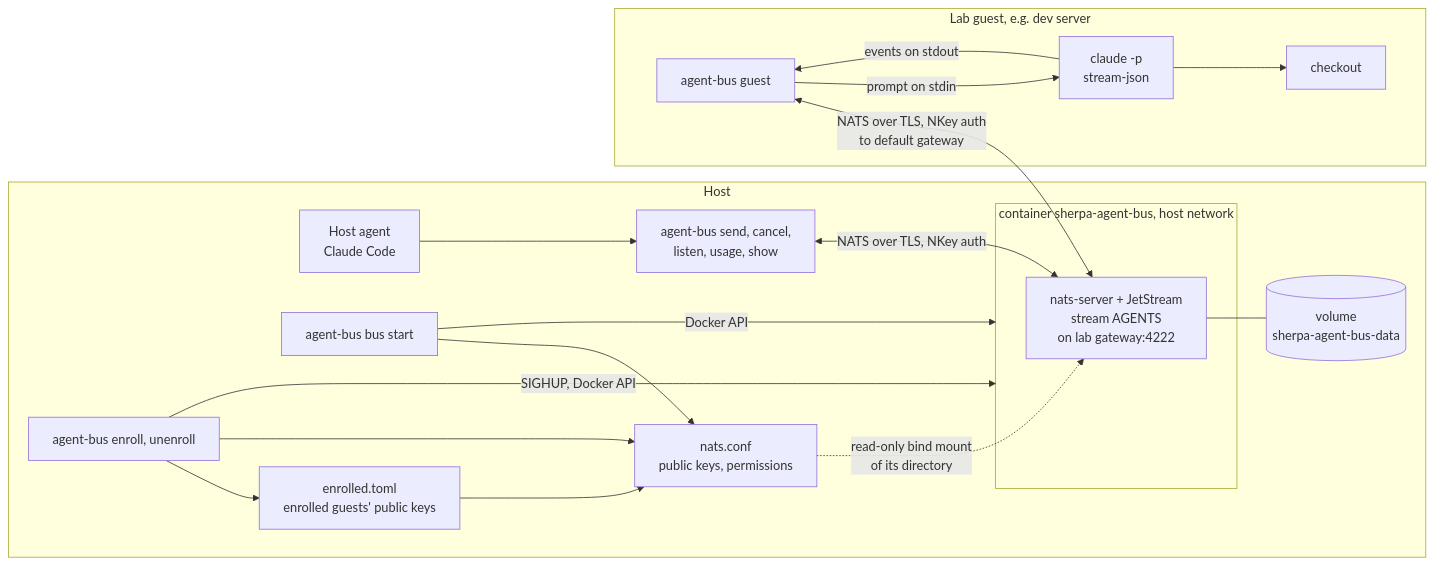
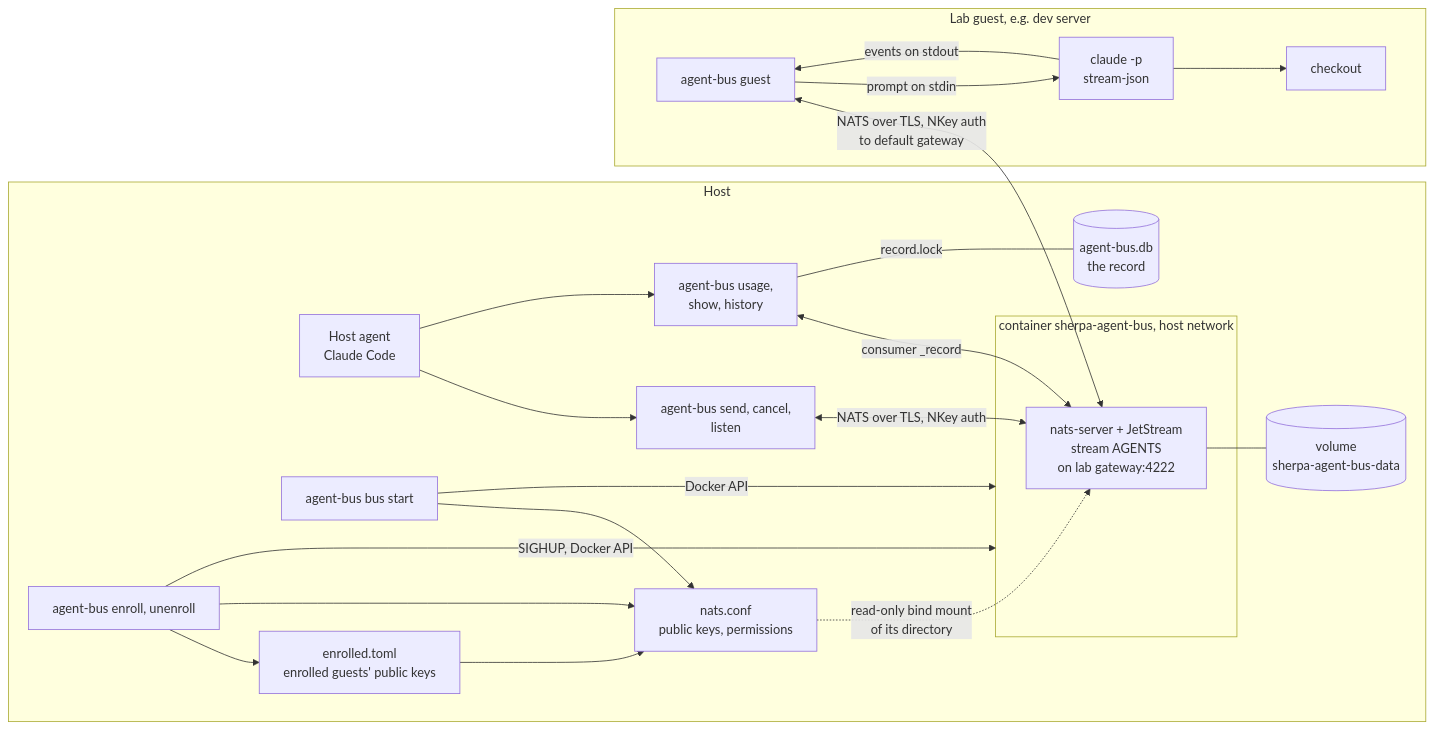
One commit to bwks/sherpa changed the first of 8 diagrams in docs/architecture/AGENT_BUS.md. Above: the diagram before and after it, drawn with Mermaid. The commit also changed other lines of this file and 33 other files, not shown here.

First line of the commit message:
feat(agent-bus): keep a host record of every message in Turso

````diff
--- a/docs/architecture/AGENT_BUS.md
+++ b/docs/architecture/AGENT_BUS.md
@@ -47,34 +49,39 @@
 ```mermaid
 flowchart LR
     subgraph host["Host"]
         hostagent["Host agent<br/>Claude Code"]
-        cmds["agent-bus send, cancel,<br/>listen, usage, show"]
+        cmds["agent-bus send, cancel,<br/>listen"]
+        reads["agent-bus usage,<br/>show, history"]
+        record[("agent-bus.db<br/>the record")]
         start["agent-bus bus start"]
         enroll["agent-bus enroll, unenroll"]
         registry["enrolled.toml<br/>enrolled guests' public keys"]
         conf["nats.conf<br/>public keys, permissions"]
         subgraph ctr["container sherpa-agent-bus, host network"]
             nats["nats-server + JetStream<br/>stream AGENTS<br/>on lab gateway:4222"]
         end
         vol[("volume<br/>sherpa-agent-bus-data")]
     end
     subgraph guest["Lab guest, e.g. dev server"]
         gagent["agent-bus guest"]
         claude["claude -p<br/>stream-json"]
         checkout["checkout"]
     end
     hostagent --> cmds
+    hostagent --> reads
     cmds <-->|"NATS over TLS, NKey auth"| nats
+    reads <-->|"consumer _record"| nats
+    reads ---|"record.lock"| record
     start -->|"Docker API"| ctr
     start --> conf
     enroll --> registry
     registry --> conf
     enroll --> conf
     enroll -->|"SIGHUP, Docker API"| ctr
     conf -.->|"read-only bind mount<br/>of its directory"| nats
     nats --- vol
     gagent <-->|"NATS over TLS, NKey auth<br/>to default gateway"| nats
     gagent -->|"prompt on stdin"| claude
     claude -->|"events on stdout"| gagent
     claude --> checkout
 ```
````
